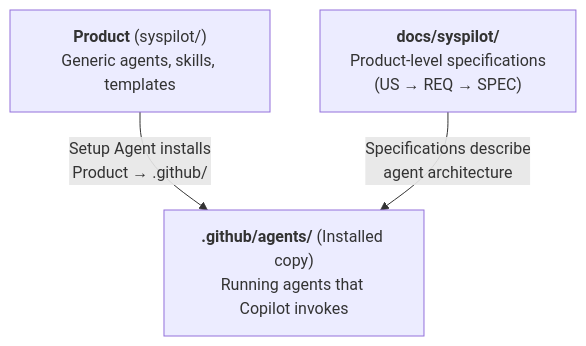
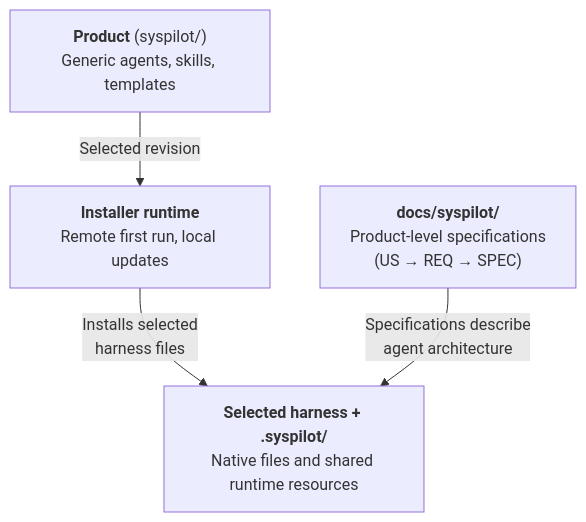
One commit to hubertusgbecker/syspilot changed the diagram in docs/architecture.md. Above: the diagram before and after it, drawn with Mermaid. The commit also changed other lines of this file and 128 other files, not shown here.

````diff
--- a/docs/architecture.md
+++ b/docs/architecture.md
@@ -95,9 +119,11 @@
 ```{mermaid}
 flowchart TD
     P["<b>Product</b> (syspilot/)<br/>Generic agents, skills, templates"]
-    G["<b>.github/agents/</b> (Installed copy)<br/>Running agents that Copilot invokes"]
+    G["<b>Selected harness + .syspilot/</b><br/>Native files and shared runtime resources"]
     S["<b>docs/syspilot/</b><br/>Product-level specifications<br/>(US → REQ → SPEC)"]
 
-    P -- "Setup Agent installs<br/>Product → .github/" --> G
+    R["<b>Installer runtime</b><br/>Remote first run, local updates"]
+    P -- "Selected revision" --> R
+    R -- "Installs selected<br/>harness files" --> G
     S -- "Specifications describe<br/>agent architecture" --> G
 ```
````
